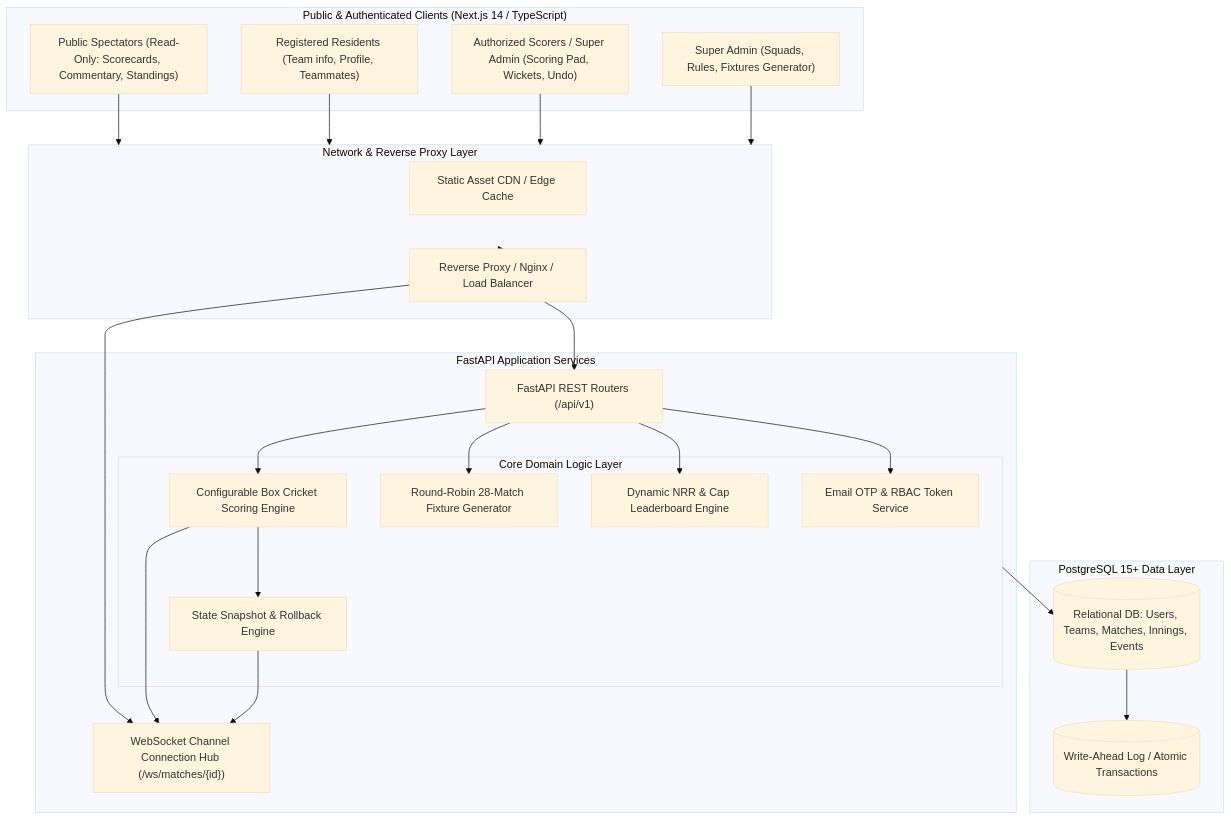
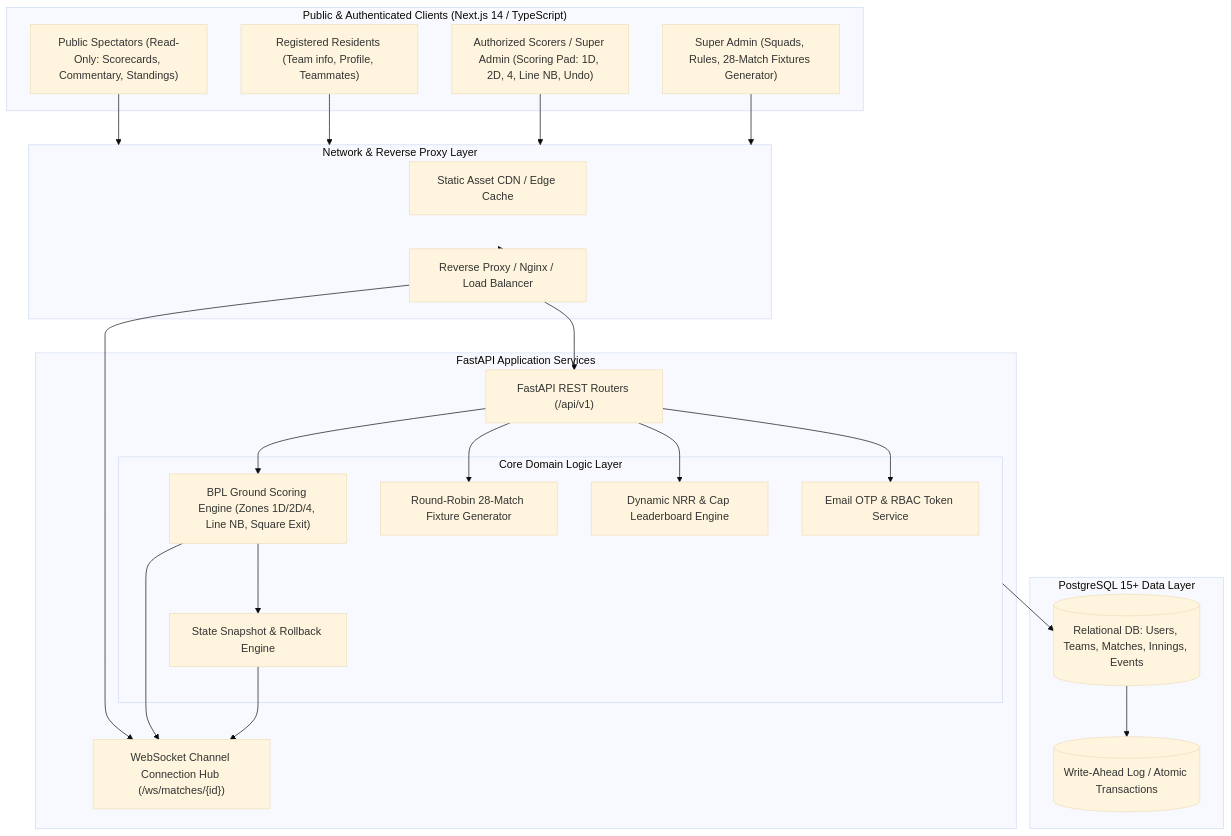
One commit to Yajat-Sharma/BPL changed the diagram in docs/ARCHITECTURE.md. Above: the diagram before and after it, drawn with Mermaid (base theme). The commit also changed other lines of this file and 4 other files, not shown here.

Commit message:
docs: update all five architecture documents with official BPL box cricket ground rules (no roof net, zones 1D/2D/4, line no-ball, direct out of square)

````diff
--- a/docs/ARCHITECTURE.md
+++ b/docs/ARCHITECTURE.md
@@ -17,53 +22,53 @@
 ```mermaid
 flowchart TD
     subgraph Clients ["Public & Authenticated Clients (Next.js 14 / TypeScript)"]
         PublicWeb["Public Spectators (Read-Only: Scorecards, Commentary, Standings)"]
         MemberPortal["Registered Residents (Team info, Profile, Teammates)"]
-        ScorerConsole["Authorized Scorers / Super Admin (Scoring Pad, Wickets, Undo)"]
-        AdminDashboard["Super Admin (Squads, Rules, Fixtures Generator)"]
+        ScorerConsole["Authorized Scorers / Super Admin (Scoring Pad: 1D, 2D, 4, Line NB, Undo)"]
+        AdminDashboard["Super Admin (Squads, Rules, 28-Match Fixtures Generator)"]
     end
 
     subgraph Edge ["Network & Reverse Proxy Layer"]
         CDN["Static Asset CDN / Edge Cache"]
         API_Gateway["Reverse Proxy / Nginx / Load Balancer"]
     end
 
     subgraph BackendApp ["FastAPI Application Services"]
         RouterLayer["FastAPI REST Routers (/api/v1)"]
         WSManager["WebSocket Channel Connection Hub (/ws/matches/{id})"]
         
         subgraph CoreEngines ["Core Domain Logic Layer"]
-            BoxScoringEngine["Configurable Box Cricket Scoring Engine"]
+            BPLScoringEngine["BPL Ground Scoring Engine (Zones 1D/2D/4, Line NB, Square Exit)"]
             RoundRobinGenerator["Round-Robin 28-Match Fixture Generator"]
             StatsEngine["Dynamic NRR & Cap Leaderboard Engine"]
             UndoService["State Snapshot & Rollback Engine"]
             AuthService["Email OTP & RBAC Token Service"]
         end
     end
 
     subgraph Persistence ["PostgreSQL 15+ Data Layer"]
         RelationalDB[(Relational DB: Users, Teams, Matches, Innings, Events)]
         WAL[(Write-Ahead Log / Atomic Transactions)]
     end
 
     PublicWeb --> Edge
     MemberPortal --> Edge
     ScorerConsole --> Edge
     AdminDashboard --> Edge
 
     Edge --> API_Gateway
     API_Gateway --> RouterLayer
     API_Gateway --> WSManager
 
     RouterLayer --> AuthService
     RouterLayer --> RoundRobinGenerator
-    RouterLayer --> BoxScoringEngine
+    RouterLayer --> BPLScoringEngine
     RouterLayer --> StatsEngine
     
-    BoxScoringEngine --> UndoService
-    BoxScoringEngine --> WSManager
+    BPLScoringEngine --> UndoService
+    BPLScoringEngine --> WSManager
     UndoService --> WSManager
 
     CoreEngines --> RelationalDB
     RelationalDB --> WAL
 ```
````
